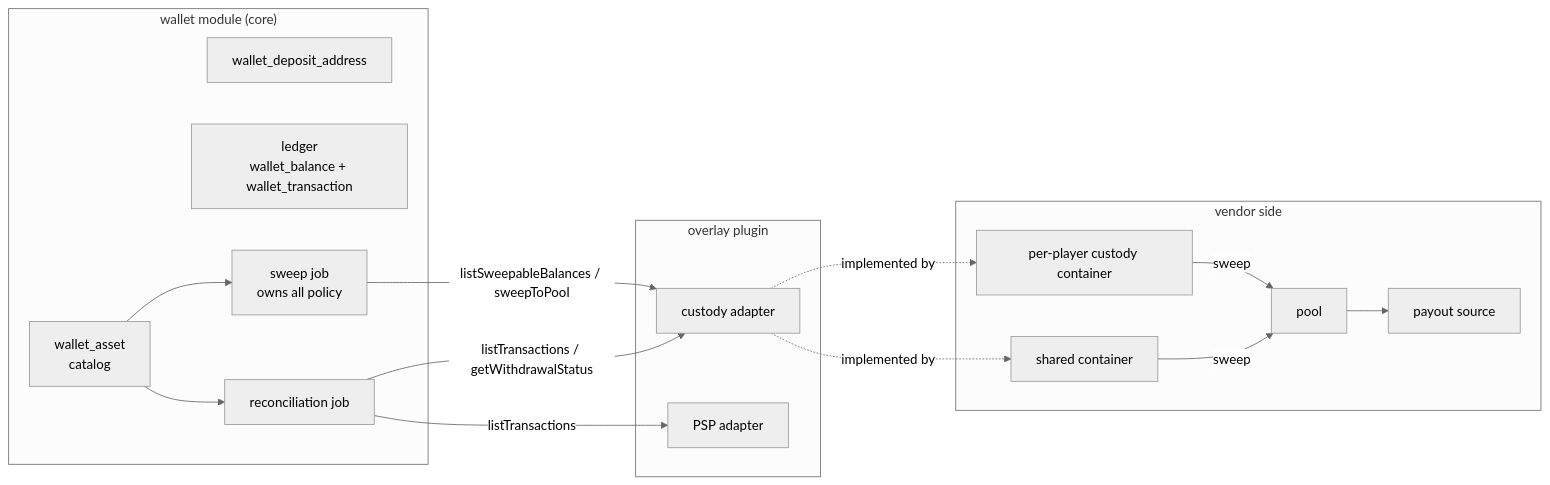
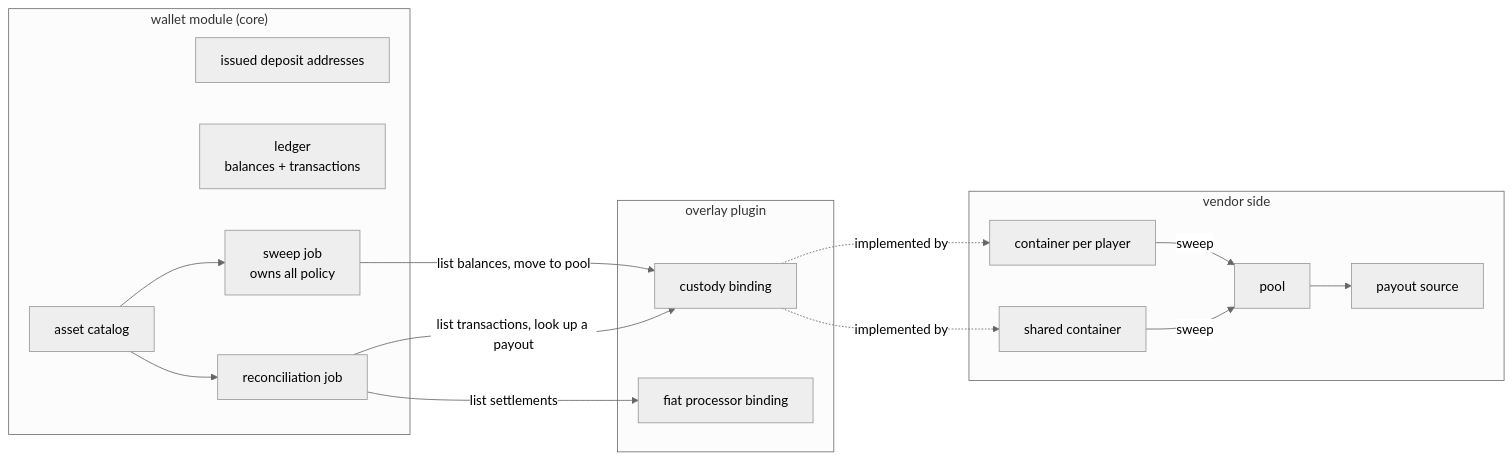
Before and after one commit to blurifycom/openora: the first of 2 diagrams in docs/adapters/custody.md, drawn with Mermaid (neutral theme). The commit also changed other lines of this file and 5 other files, not shown here.

````diff
--- a/docs/adapters/custody.md
+++ b/docs/adapters/custody.md
@@ -34,33 +33,33 @@
 ```mermaid
 flowchart LR
   subgraph core["wallet module (core)"]
-    catalog["wallet_asset<br/>catalog"]
-    addr["wallet_deposit_address"]
-    ledger["ledger<br/>wallet_balance + wallet_transaction"]
+    catalog["asset catalog"]
+    addr["issued deposit addresses"]
+    ledger["ledger<br/>balances + transactions"]
     sweep["sweep job<br/>owns all policy"]
     recon["reconciliation job"]
   end
 
   subgraph overlay["overlay plugin"]
-    psp["PSP adapter"]
-    custody["custody adapter"]
+    psp["fiat processor binding"]
+    custody["custody binding"]
   end
 
   subgraph vendorside["vendor side"]
-    perplayer["per-player custody container"]
+    perplayer["container per player"]
     shared["shared container"]
     pool["pool"]
     payout["payout source"]
   end
 
   catalog --> sweep
   catalog --> recon
-  sweep -- "listSweepableBalances / sweepToPool" --> custody
-  recon -- "listTransactions / getWithdrawalStatus" --> custody
-  recon -- "listTransactions" --> psp
+  sweep -- "list balances, move to pool" --> custody
+  recon -- "list transactions, look up a payout" --> custody
+  recon -- "list settlements" --> psp
   custody -. implemented by .-> perplayer
   custody -. implemented by .-> shared
   perplayer -- sweep --> pool
   shared -- sweep --> pool
   pool --> payout
 ```
````
